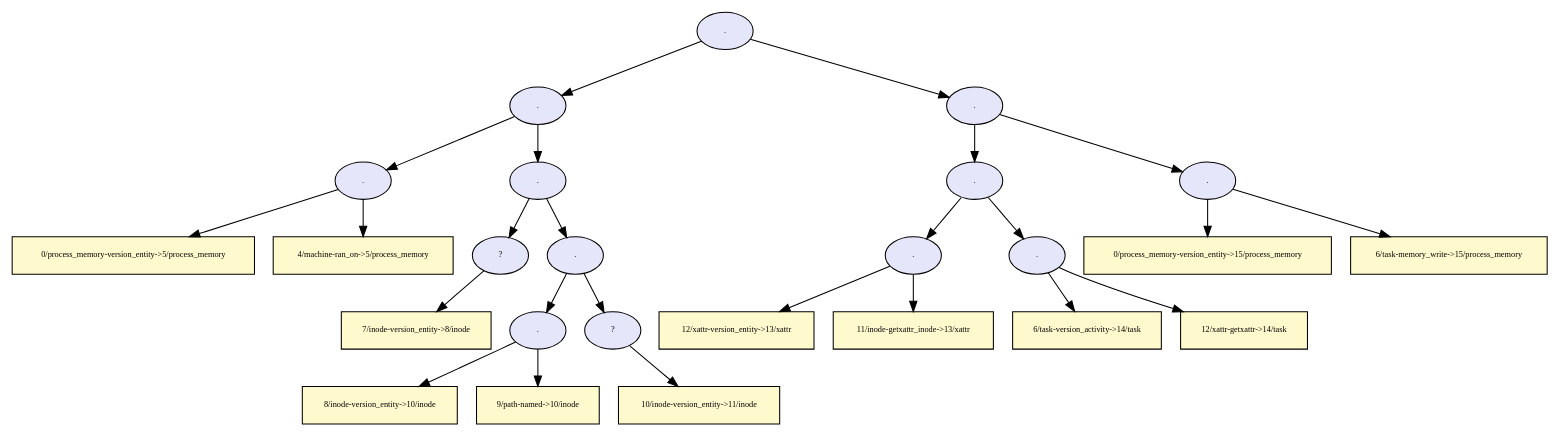
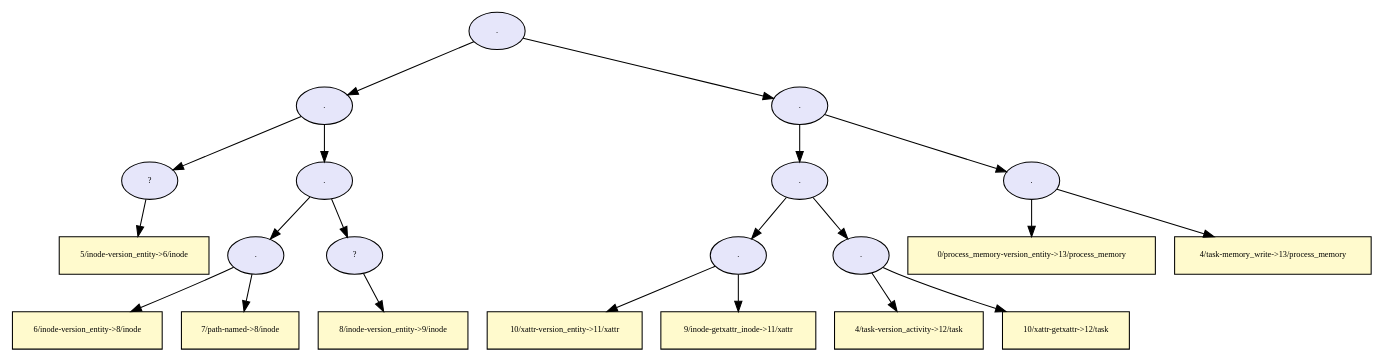
One commit to TinkerBellSystem/graph-matching changed the diagram in dot/provenance_inode_getxattr_tree.dot. Above: the diagram before and after it, drawn with Graphviz. The commit also changed 185 other files, not shown here.

```diff
--- a/dot/provenance_inode_getxattr_tree.dot
+++ b/dot/provenance_inode_getxattr_tree.dot
@@ -1,99 +1,83 @@
-digraph RGL__DirectedAdjacencyGraph {28[fontsize = 8,label = ".",shape = ellipse, fillcolor="#e6e6fa", style = filled]
+digraph RGL__DirectedAdjacencyGraph {24[fontsize = 8,label = ".",shape = ellipse, fillcolor="#e6e6fa", style = filled]
 
-28 -> 16[fontsize = 8, color="#000000"]
-
-16[fontsize = 8,label = ".",shape = ellipse, fillcolor="#e6e6fa", style = filled]
-
-16 -> 5[fontsize = 8, color="#000000"]
-
-5[fontsize = 8,label = ".",shape = ellipse, fillcolor="#e6e6fa", style = filled]
-
-5 -> 3[fontsize = 8, color="#000000"]
-
-3[fontsize = 8,label = "0/process_memory-version_entity->5/process_memory",shape = rectangle, fillcolor="#fffacd", style = filled]
-
-5 -> 4[fontsize = 8, color="#000000"]
-
-4[fontsize = 8,label = "4/machine-ran_on->5/process_memory",shape = rectangle, fillcolor="#fffacd", style = filled]
-
-16 -> 15[fontsize = 8, color="#000000"]
-
-15[fontsize = 8,label = ".",shape = ellipse, fillcolor="#e6e6fa", style = filled]
-
-15 -> 8[fontsize = 8, color="#000000"]
-
-8[fontsize = 8,label = "?",shape = ellipse, fillcolor="#e6e6fa", style = filled]
-
-8 -> 7[fontsize = 8, color="#000000"]
-
-7[fontsize = 8,label = "7/inode-version_entity->8/inode",shape = rectangle, fillcolor="#fffacd", style = filled]
-
-15 -> 14[fontsize = 8, color="#000000"]
-
-14[fontsize = 8,label = ".",shape = ellipse, fillcolor="#e6e6fa", style = filled]
-
-14 -> 11[fontsize = 8, color="#000000"]
+24 -> 11[fontsize = 8, color="#000000"]
 
 11[fontsize = 8,label = ".",shape = ellipse, fillcolor="#e6e6fa", style = filled]
 
-11 -> 9[fontsize = 8, color="#000000"]
+11 -> 4[fontsize = 8, color="#000000"]
 
-9[fontsize = 8,label = "8/inode-version_entity->10/inode",shape = rectangle, fillcolor="#fffacd", style = filled]
+4[fontsize = 8,label = "?",shape = ellipse, fillcolor="#e6e6fa", style = filled]
+
+4 -> 3[fontsize = 8, color="#000000"]
+
+3[fontsize = 8,label = "5/inode-version_entity->6/inode",shape = rectangle, fillcolor="#fffacd", style = filled]
 
 11 -> 10[fontsize = 8, color="#000000"]
 
-10[fontsize = 8,label = "9/path-named->10/inode",shape = rectangle, fillcolor="#fffacd", style = filled]
+10[fontsize = 8,label = ".",shape = ellipse, fillcolor="#e6e6fa", style = filled]
 
-14 -> 13[fontsize = 8, color="#000000"]
+10 -> 7[fontsize = 8, color="#000000"]
 
-13[fontsize = 8,label = "?",shape = ellipse, fillcolor="#e6e6fa", style = filled]
+7[fontsize = 8,label = ".",shape = ellipse, fillcolor="#e6e6fa", style = filled]
 
-13 -> 12[fontsize = 8, color="#000000"]
+7 -> 5[fontsize = 8, color="#000000"]
 
-12[fontsize = 8,label = "10/inode-version_entity->11/inode",shape = rectangle, fillcolor="#fffacd", style = filled]
+5[fontsize = 8,label = "6/inode-version_entity->8/inode",shape = rectangle, fillcolor="#fffacd", style = filled]
 
-28 -> 27[fontsize = 8, color="#000000"]
+7 -> 6[fontsize = 8, color="#000000"]
 
-27[fontsize = 8,label = ".",shape = ellipse, fillcolor="#e6e6fa", style = filled]
+6[fontsize = 8,label = "7/path-named->8/inode",shape = rectangle, fillcolor="#fffacd", style = filled]
 
-27 -> 23[fontsize = 8, color="#000000"]
+10 -> 9[fontsize = 8, color="#000000"]
+
+9[fontsize = 8,label = "?",shape = ellipse, fillcolor="#e6e6fa", style = filled]
+
+9 -> 8[fontsize = 8, color="#000000"]
+
+8[fontsize = 8,label = "8/inode-version_entity->9/inode",shape = rectangle, fillcolor="#fffacd", style = filled]
+
+24 -> 23[fontsize = 8, color="#000000"]
 
 23[fontsize = 8,label = ".",shape = ellipse, fillcolor="#e6e6fa", style = filled]
 
 23 -> 19[fontsize = 8, color="#000000"]
 
 19[fontsize = 8,label = ".",shape = ellipse, fillcolor="#e6e6fa", style = filled]
 
-19 -> 17[fontsize = 8, color="#000000"]
+19 -> 15[fontsize = 8, color="#000000"]
 
-17[fontsize = 8,label = "12/xattr-version_entity->13/xattr",shape = rectangle, fillcolor="#fffacd", style = filled]
+15[fontsize = 8,label = ".",shape = ellipse, fillcolor="#e6e6fa", style = filled]
+
+15 -> 13[fontsize = 8, color="#000000"]
+
+13[fontsize = 8,label = "10/xattr-version_entity->11/xattr",shape = rectangle, fillcolor="#fffacd", style = filled]
+
+15 -> 14[fontsize = 8, color="#000000"]
+
+14[fontsize = 8,label = "9/inode-getxattr_inode->11/xattr",shape = rectangle, fillcolor="#fffacd", style = filled]
 
 19 -> 18[fontsize = 8, color="#000000"]
 
-18[fontsize = 8,label = "11/inode-getxattr_inode->13/xattr",shape = rectangle, fillcolor="#fffacd", style = filled]
+18[fontsize = 8,label = ".",shape = ellipse, fillcolor="#e6e6fa", style = filled]
+
+18 -> 16[fontsize = 8, color="#000000"]
+
+16[fontsize = 8,label = "4/task-version_activity->12/task",shape = rectangle, fillcolor="#fffacd", style = filled]
+
+18 -> 17[fontsize = 8, color="#000000"]
+
+17[fontsize = 8,label = "10/xattr-getxattr->12/task",shape = rectangle, fillcolor="#fffacd", style = filled]
 
 23 -> 22[fontsize = 8, color="#000000"]
 
 22[fontsize = 8,label = ".",shape = ellipse, fillcolor="#e6e6fa", style = filled]
 
 22 -> 20[fontsize = 8, color="#000000"]
 
-20[fontsize = 8,label = "6/task-version_activity->14/task",shape = rectangle, fillcolor="#fffacd", style = filled]
+20[fontsize = 8,label = "0/process_memory-version_entity->13/process_memory",shape = rectangle, fillcolor="#fffacd", style = filled]
 
 22 -> 21[fontsize = 8, color="#000000"]
 
-21[fontsize = 8,label = "12/xattr-getxattr->14/task",shape = rectangle, fillcolor="#fffacd", style = filled]
-
-27 -> 26[fontsize = 8, color="#000000"]
-
-26[fontsize = 8,label = ".",shape = ellipse, fillcolor="#e6e6fa", style = filled]
-
-26 -> 24[fontsize = 8, color="#000000"]
-
-24[fontsize = 8,label = "0/process_memory-version_entity->15/process_memory",shape = rectangle, fillcolor="#fffacd", style = filled]
-
-26 -> 25[fontsize = 8, color="#000000"]
-
-25[fontsize = 8,label = "6/task-memory_write->15/process_memory",shape = rectangle, fillcolor="#fffacd", style = filled]
+21[fontsize = 8,label = "4/task-memory_write->13/process_memory",shape = rectangle, fillcolor="#fffacd", style = filled]
 
 }
```
